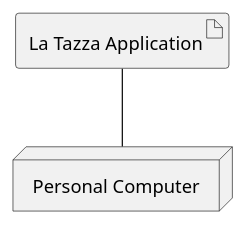
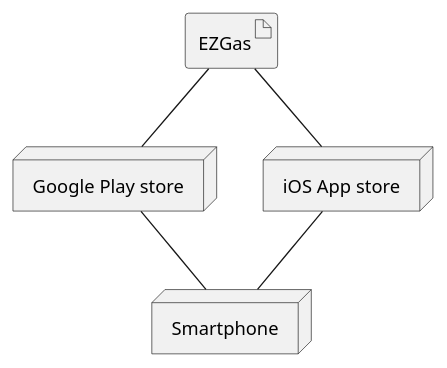
The fourth of 4 diagrams in requirements.md (s271532/myEzgas), drawn with PlantUML before and after one commit. The commit also changed other lines of this file, not shown here.

````diff
--- a/requirements.md
+++ b/requirements.md
@@ -311,5 +265,10 @@
 ```plantuml
-artifact "La Tazza Application" as a
-node "Personal Computer" as n
+artifact "EZGas" as a
+node "Google Play store" as n
+node "iOS App store" as m
+node "Smartphone" as p
 a -- n
+a -- m
+m --p
+n -- p
 ```
````
